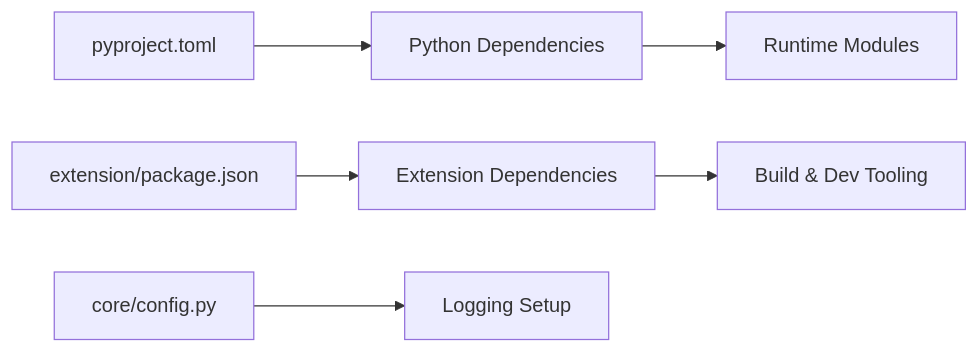
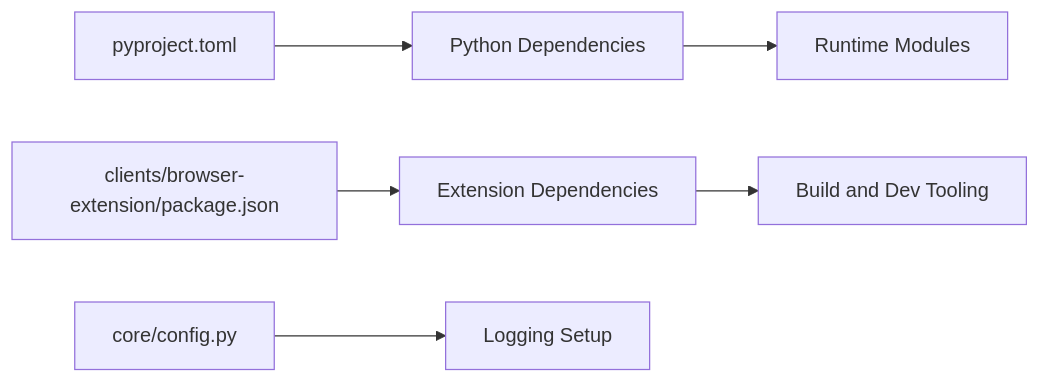
The eighth of 8 diagrams in src/data/docs/agentic-browser/Development Guidelines.md (tashifkhan/tashif.codes), drawn with Mermaid before and after one commit. The commit also changed other lines of this file and 2128 other files, not shown here.

First line of the commit message:
docs: replace raster diagram images with native Mermaid across project guides

````diff
--- a/src/data/docs/agentic-browser/Development Guidelines.md
+++ b/src/data/docs/agentic-browser/Development Guidelines.md
@@ -189,8 +182,8 @@
 ```mermaid
 graph LR
 PYMETA["pyproject.toml"] --> DEPS["Python Dependencies"]
 DEPS --> RUNTIME["Runtime Modules"]
-PKGJSON["extension/package.json"] --> EXTDEPS["Extension Dependencies"]
-EXTDEPS --> BUILD["Build & Dev Tooling"]
+PKGJSON["clients/browser-extension/package.json"] --> EXTDEPS["Extension Dependencies"]
+EXTDEPS --> BUILD["Build and Dev Tooling"]
 CFG["core/config.py"] --> LOGGING["Logging Setup"]
 ```
````
